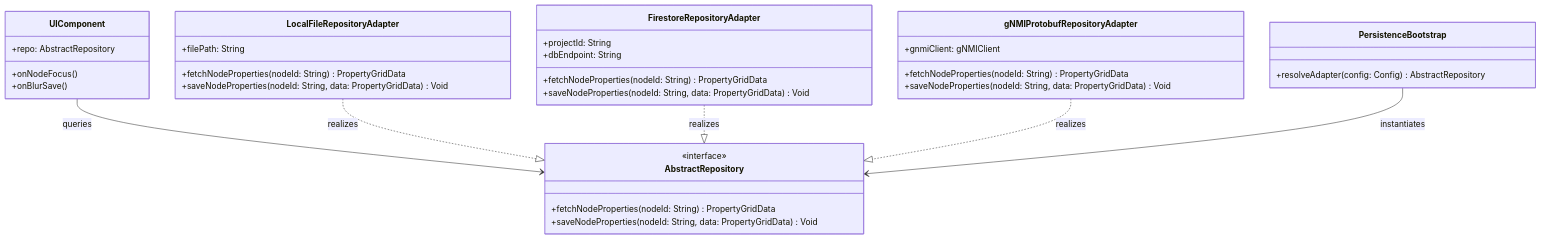
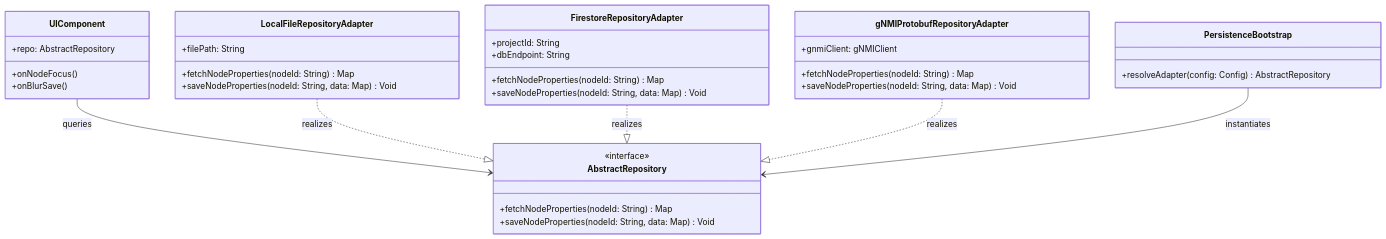
Before and after one commit to gintatkinson/digital-pipeline-repo: the diagram in docs/designs/persistence-architecture-blueprint.md, drawn with Mermaid. The commit also changed other lines of this file, not shown here.

Commit message:
docs: update blueprint with schema-agnostic document map design

````diff
--- a/docs/designs/persistence-architecture-blueprint.md
+++ b/docs/designs/persistence-architecture-blueprint.md
@@ -15,38 +26,38 @@
 ```mermaid
 classDiagram
     class UIComponent {
         +repo: AbstractRepository
         +onNodeFocus()
         +onBlurSave()
     }
     class AbstractRepository {
         <<interface>>
-        +fetchNodeProperties(nodeId: String) PropertyGridData
-        +saveNodeProperties(nodeId: String, data: PropertyGridData) Void
+        +fetchNodeProperties(nodeId: String) Map<String, dynamic>
+        +saveNodeProperties(nodeId: String, data: Map<String, dynamic>) Void
     }
     class LocalFileRepositoryAdapter {
         +filePath: String
-        +fetchNodeProperties(nodeId: String) PropertyGridData
-        +saveNodeProperties(nodeId: String, data: PropertyGridData) Void
+        +fetchNodeProperties(nodeId: String) Map<String, dynamic>
+        +saveNodeProperties(nodeId: String, data: Map<String, dynamic>) Void
     }
     class FirestoreRepositoryAdapter {
         +projectId: String
         +dbEndpoint: String
-        +fetchNodeProperties(nodeId: String) PropertyGridData
-        +saveNodeProperties(nodeId: String, data: PropertyGridData) Void
+        +fetchNodeProperties(nodeId: String) Map<String, dynamic>
+        +saveNodeProperties(nodeId: String, data: Map<String, dynamic>) Void
     }
     class gNMIProtobufRepositoryAdapter {
         +gnmiClient: gNMIClient
-        +fetchNodeProperties(nodeId: String) PropertyGridData
-        +saveNodeProperties(nodeId: String, data: PropertyGridData) Void
+        +fetchNodeProperties(nodeId: String) Map<String, dynamic>
+        +saveNodeProperties(nodeId: String, data: Map<String, dynamic>) Void
     }
     class PersistenceBootstrap {
         +resolveAdapter(config: Config) AbstractRepository
     }
 
     UIComponent --> AbstractRepository : queries
     LocalFileRepositoryAdapter ..|> AbstractRepository : realizes
     FirestoreRepositoryAdapter ..|> AbstractRepository : realizes
     gNMIProtobufRepositoryAdapter ..|> AbstractRepository : realizes
     PersistenceBootstrap --> AbstractRepository : instantiates
 ```
````
